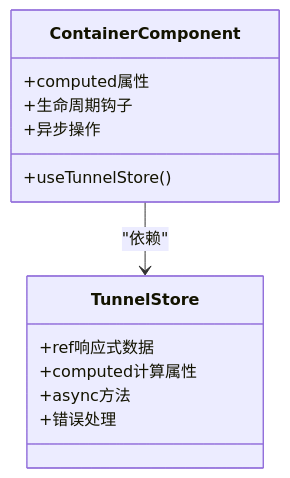
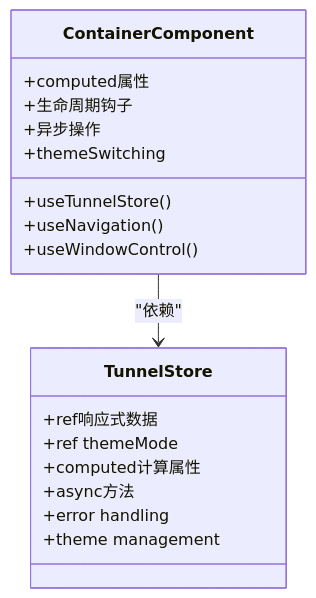
One commit to itsharex/NexTunnel changed the sixth of 24 diagrams in .qoder/repowiki/zh/content/架构设计/桌面端架构设计/前端架构设计/Vue组件系统架构.md. Above: the diagram before and after it, drawn with Mermaid. The commit also changed other lines of this file and 41 other files, not shown here.

````diff
--- a/.qoder/repowiki/zh/content/架构设计/桌面端架构设计/前端架构设计/Vue组件系统架构.md
+++ b/.qoder/repowiki/zh/content/架构设计/桌面端架构设计/前端架构设计/Vue组件系统架构.md
@@ -192,16 +223,21 @@
 ```mermaid
 classDiagram
 class ContainerComponent {
 +useTunnelStore()
++useNavigation()
++useWindowControl()
 +computed属性
 +生命周期钩子
 +异步操作
++themeSwitching
 }
 class TunnelStore {
 +ref响应式数据
++ref themeMode
 +computed计算属性
 +async方法
-+错误处理
++error handling
++theme management
 }
 ContainerComponent --> TunnelStore : "依赖"
 ```
````
